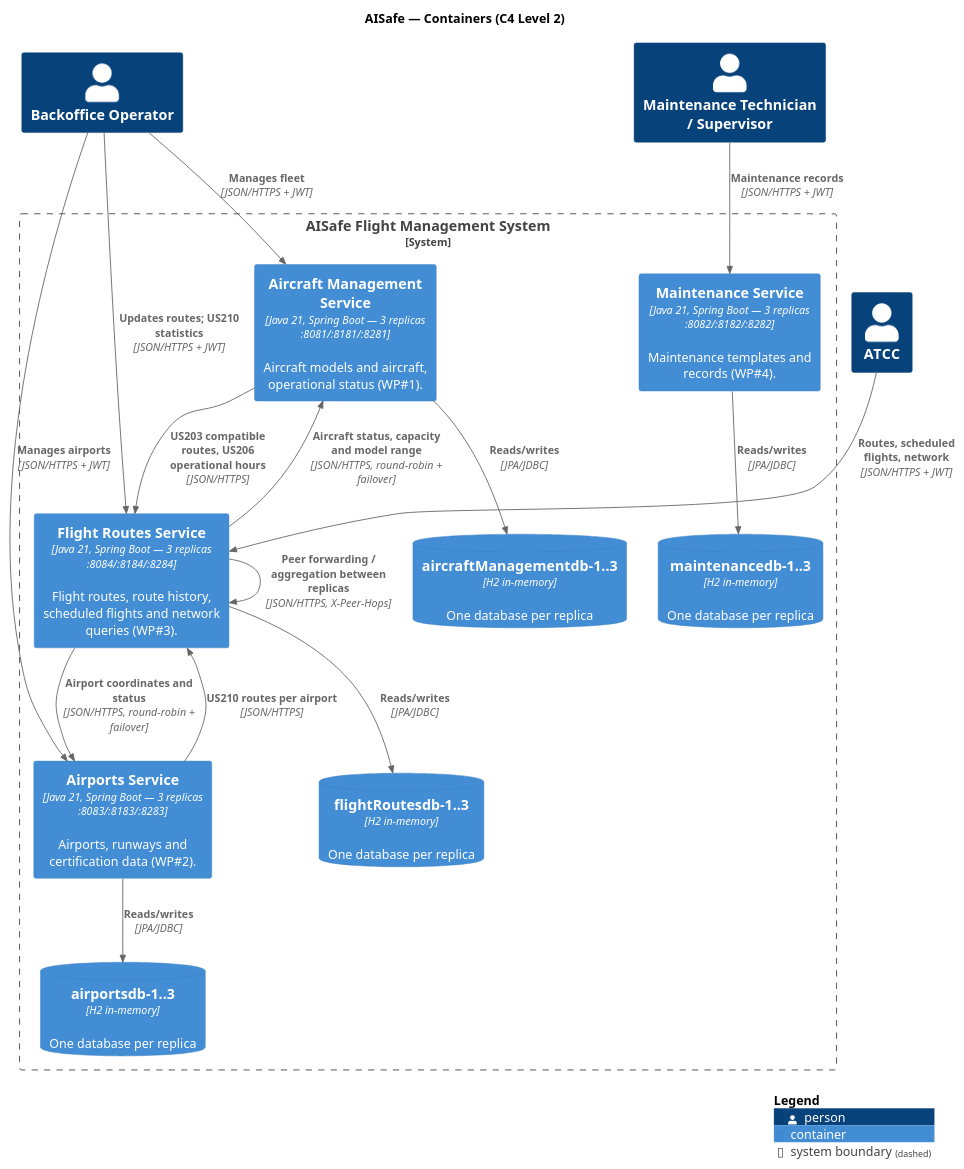
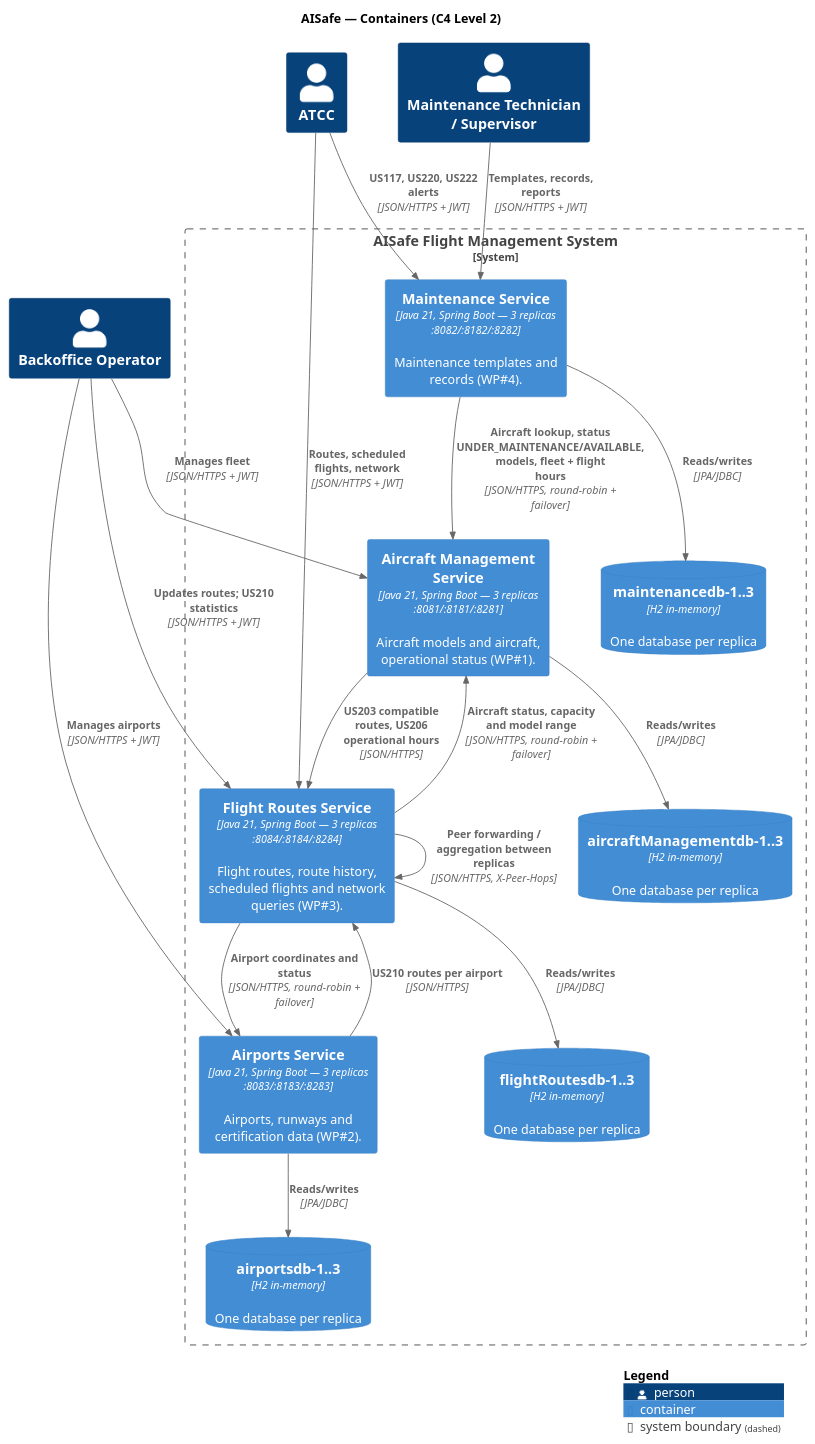
The diagram in docs/2-containers/puml/C4-L2-Containers.puml (caetanotiago/Project_SIDIS), drawn with PlantUML before and after one commit. The commit also changed 33 other files, not shown here.

```diff
--- a/docs/2-containers/puml/C4-L2-Containers.puml
+++ b/docs/2-containers/puml/C4-L2-Containers.puml
@@ -1,41 +1,43 @@
 @startuml C4-L2-Containers
 !include <C4/C4_Container>
 LAYOUT_TOP_DOWN()
 title AISafe — Containers (C4 Level 2)
 
 Person(backoffice, "Backoffice Operator")
 Person(atcc, "ATCC")
 Person(maint, "Maintenance Technician / Supervisor")
 
 System_Boundary(aisafe, "AISafe Flight Management System") {
     Container(am, "Aircraft Management Service", "Java 21, Spring Boot — 3 replicas :8081/:8181/:8281", "Aircraft models and aircraft, operational status (WP#1).")
     Container(mt, "Maintenance Service", "Java 21, Spring Boot — 3 replicas :8082/:8182/:8282", "Maintenance templates and records (WP#4).")
     Container(ap, "Airports Service", "Java 21, Spring Boot — 3 replicas :8083/:8183/:8283", "Airports, runways and certification data (WP#2).")
     Container(fr, "Flight Routes Service", "Java 21, Spring Boot — 3 replicas :8084/:8184/:8284", "Flight routes, route history, scheduled flights and network queries (WP#3).")
 
     ContainerDb(amdb, "aircraftManagementdb-1..3", "H2 in-memory", "One database per replica")
     ContainerDb(mtdb, "maintenancedb-1..3", "H2 in-memory", "One database per replica")
     ContainerDb(apdb, "airportsdb-1..3", "H2 in-memory", "One database per replica")
     ContainerDb(frdb, "flightRoutesdb-1..3", "H2 in-memory", "One database per replica")
 }
 
 Rel(backoffice, am, "Manages fleet", "JSON/HTTPS + JWT")
 Rel(backoffice, ap, "Manages airports", "JSON/HTTPS + JWT")
 Rel(backoffice, fr, "Updates routes; US210 statistics", "JSON/HTTPS + JWT")
 Rel(atcc, fr, "Routes, scheduled flights, network", "JSON/HTTPS + JWT")
-Rel(maint, mt, "Maintenance records", "JSON/HTTPS + JWT")
+Rel(maint, mt, "Templates, records, reports", "JSON/HTTPS + JWT")
+Rel(atcc, mt, "US117, US220, US222 alerts", "JSON/HTTPS + JWT")
+Rel(mt, am, "Aircraft lookup, status UNDER_MAINTENANCE/AVAILABLE, models, fleet + flight hours", "JSON/HTTPS, round-robin + failover")
 
 Rel(fr, ap, "Airport coordinates and status", "JSON/HTTPS, round-robin + failover")
 Rel(fr, am, "Aircraft status, capacity and model range", "JSON/HTTPS, round-robin + failover")
 Rel(am, fr, "US203 compatible routes, US206 operational hours", "JSON/HTTPS")
 Rel(ap, fr, "US210 routes per airport", "JSON/HTTPS")
 
 Rel(fr, fr, "Peer forwarding / aggregation between replicas", "JSON/HTTPS, X-Peer-Hops")
 
 Rel(am, amdb, "Reads/writes", "JPA/JDBC")
 Rel(mt, mtdb, "Reads/writes", "JPA/JDBC")
 Rel(ap, apdb, "Reads/writes", "JPA/JDBC")
 Rel(fr, frdb, "Reads/writes", "JPA/JDBC")
 
 SHOW_LEGEND()
 @enduml
```
